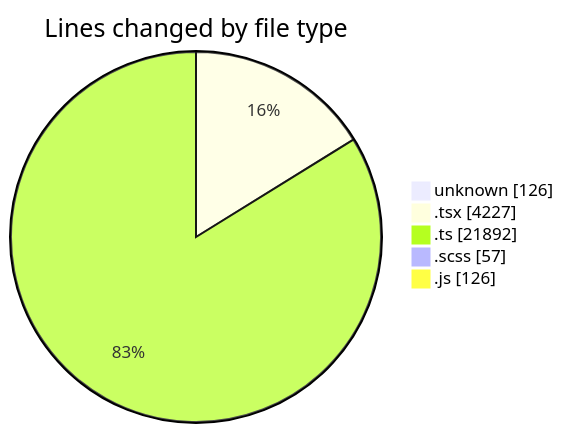
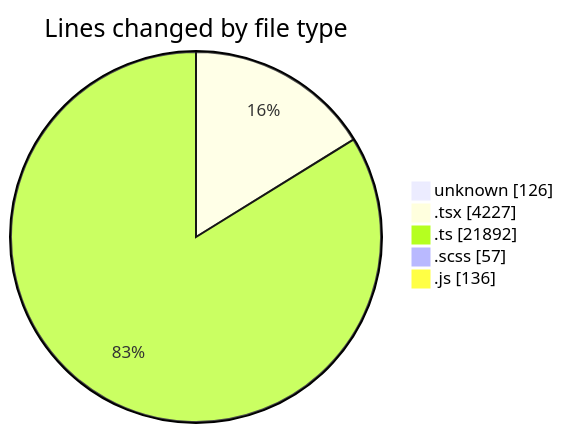
One commit to momahboobian/code-tracking changed the first of 2 diagrams in 2026-09-23/cda/README.md. Above: the diagram before and after it, drawn with Mermaid. The commit also changed other lines of this file and 1 other file, not shown here.

````diff
--- a/2026-09-23/cda/README.md
+++ b/2026-09-23/cda/README.md
@@ -47,9 +47,9 @@
 ```mermaid
 pie showData
 title Lines changed by file type
 "unknown" : 126
 ".tsx" : 4227
 ".ts" : 21892
 ".scss" : 57
-".js" : 126
+".js" : 136
 ```
````
